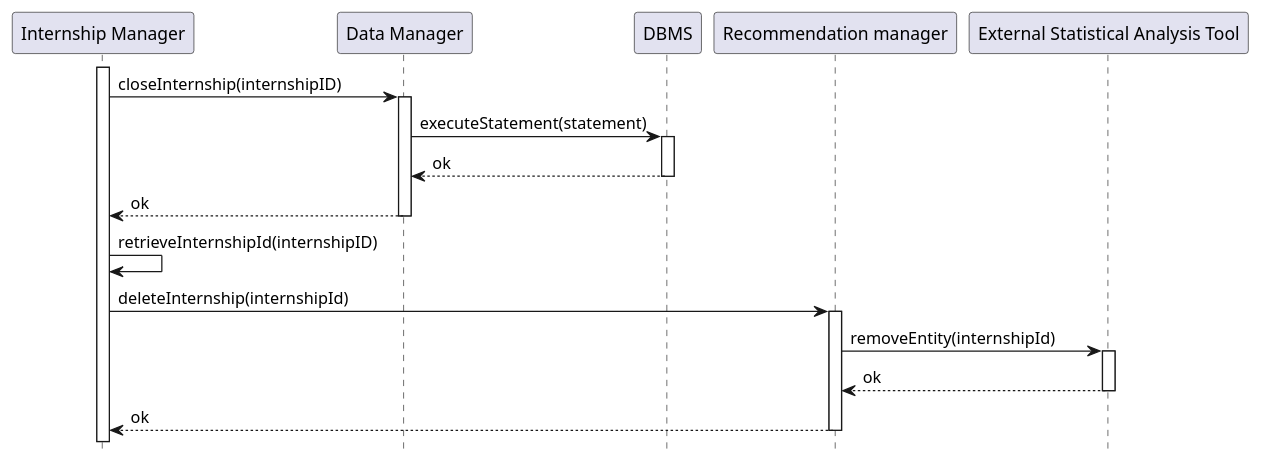
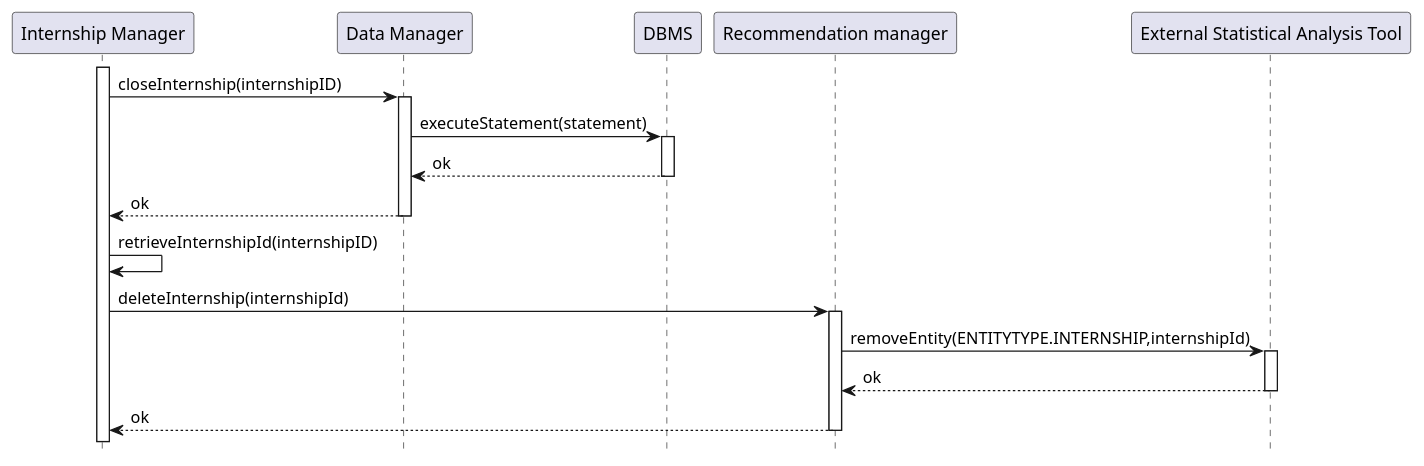
The diagram in DD/Architectural_design/uml_diagrams/RV29_diagram.puml (matti8702/R_and_DD_project_SE2), drawn with PlantUML before and after one commit. The commit also changed 3 other files, not shown here.

```diff
--- a/DD/Architectural_design/uml_diagrams/RV29_diagram.puml
+++ b/DD/Architectural_design/uml_diagrams/RV29_diagram.puml
@@ -1,28 +1,28 @@
 @startuml RV29
 hide footbox
 
 participant "Internship Manager" as IM
 participant "Data Manager" as DM
 participant "DBMS" as DB
 participant "Recommendation manager" as RM
 participant "External Statistical Analysis Tool" as ESAT
 
 activate IM
 IM -> DM   : closeInternship(internshipID)
 activate DM
 DM -> DB   : executeStatement(statement)
 activate DB
 DB --> DM  : ok
 deactivate DB
 DM --> IM  : ok
 deactivate DM
 IM -> IM   : retrieveInternshipId(internshipID)
 IM -> RM   : deleteInternship(internshipId)
 activate RM
-RM -> ESAT   : removeEntity(internshipId)
+RM -> ESAT   : removeEntity(ENTITYTYPE.INTERNSHIP,internshipId)
 activate ESAT
 ESAT --> RM : ok
 deactivate ESAT
 RM --> IM  : ok
 deactivate RM
 @enduml
```
